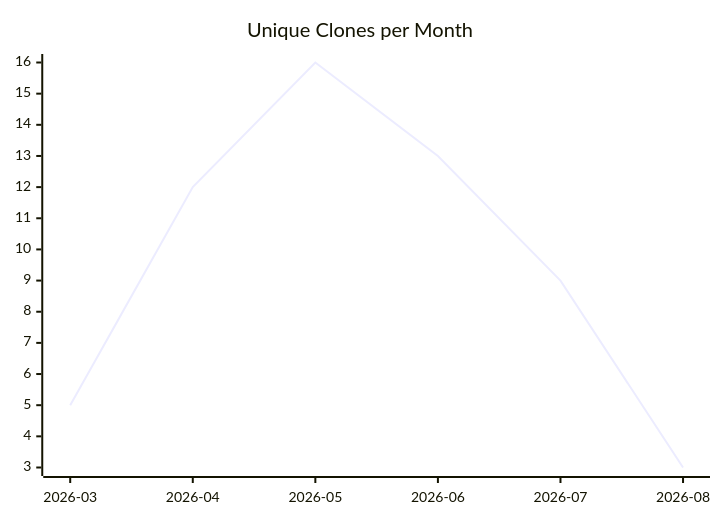
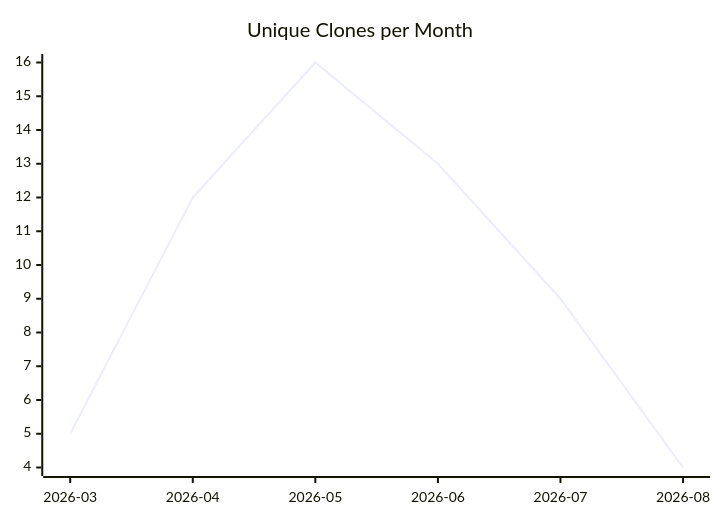
One commit to justdavis-family/github-analytics-data changed the third of 3 diagrams in karlmdavis/justdavis-karl/README.md. Above: the diagram before and after it, drawn with Mermaid. The commit also changed other lines of this file and 156 other files, not shown here.

````diff
--- a/karlmdavis/justdavis-karl/README.md
+++ b/karlmdavis/justdavis-karl/README.md
@@ -19,6 +19,6 @@
 ```mermaid
 xychart-beta
   title "Unique Clones per Month"
   x-axis ["2026-03", "2026-04", "2026-05", "2026-06", "2026-07", "2026-08"]
-  line [5, 12, 16, 13, 9, 3]
+  line [5, 12, 16, 13, 9, 4]
 ```
````
